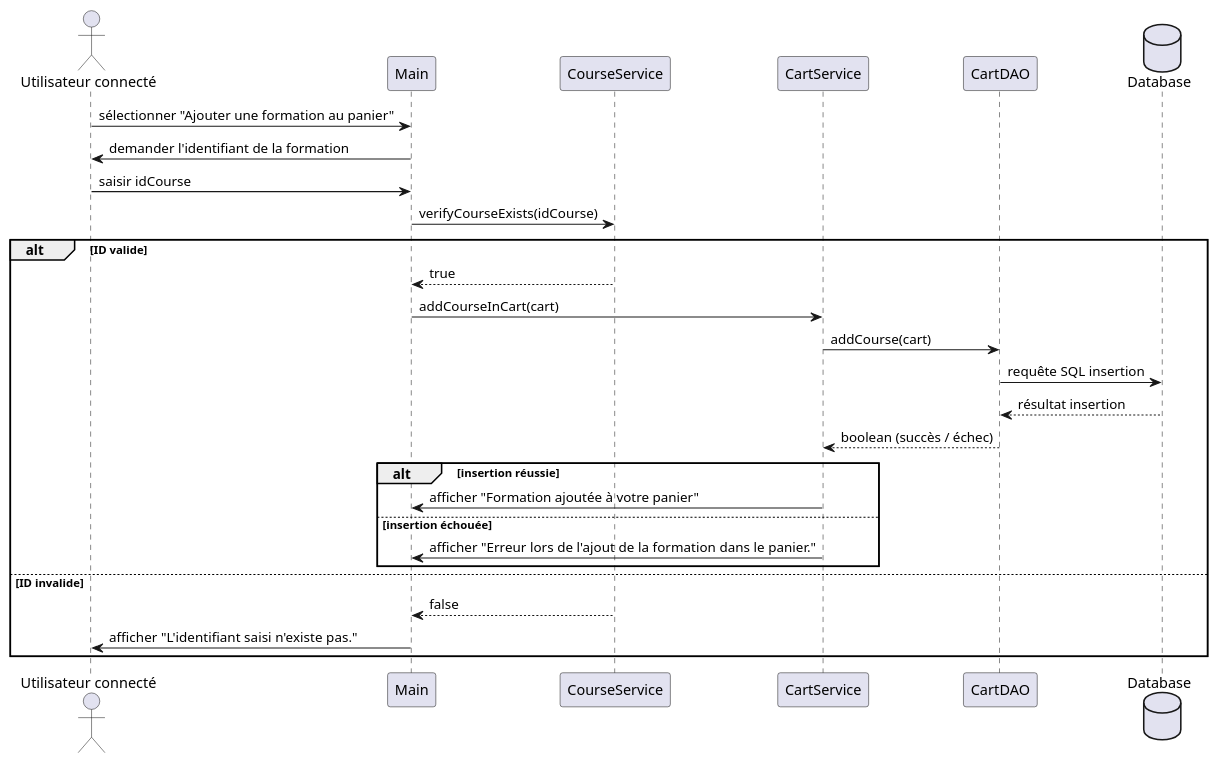
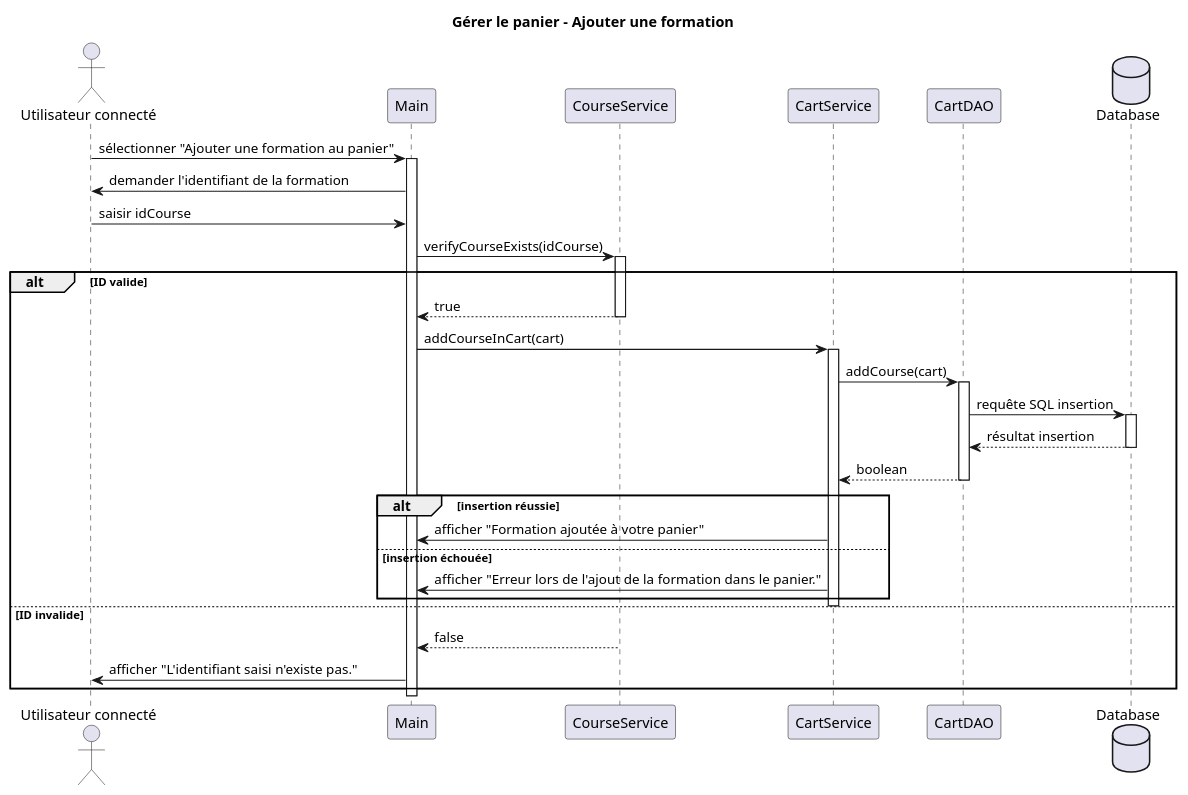
One commit to AmandineGrardLaurent/JavaEvaluationBusiness changed the diagram in docs/sequence_diagrams/sequence_diagram_gerer_panier_ajout.puml. Above: the diagram before and after it, drawn with PlantUML.

Commit message:
Add lifelines to sequence_diagram_afficher_gerer_panier_ajout.puml

```diff
--- a/docs/sequence_diagrams/sequence_diagram_gerer_panier_ajout.puml
+++ b/docs/sequence_diagrams/sequence_diagram_gerer_panier_ajout.puml
@@ -1,34 +1,53 @@
 @startuml sequence diagram  gerer le panier - ajouter une formation
+title Gérer le panier - Ajouter une formation
 
 actor "Utilisateur connecté" as User
 participant "Main" as Main
 participant "CourseService" as CourseService
 participant "CartService" as CartService
 participant "CartDAO" as CartDAO
 database "Database" as DB
 
 User -> Main : sélectionner "Ajouter une formation au panier"
+activate Main
+
 Main -> User : demander l'identifiant de la formation
 User -> Main : saisir idCourse
 
 Main -> CourseService : verifyCourseExists(idCourse)
+activate CourseService
+
 alt ID valide
     CourseService --> Main : true
+    deactivate CourseService
 
     Main -> CartService : addCourseInCart(cart)
+    activate CartService
+
     CartService -> CartDAO : addCourse(cart)
+    activate CartDAO
+
     CartDAO -> DB : requête SQL insertion
+    activate DB
     DB --> CartDAO : résultat insertion
-    CartDAO --> CartService : boolean (succès / échec)
+    deactivate DB
+
+    CartDAO --> CartService : boolean
+    deactivate CartDAO
 
     alt insertion réussie
         CartService -> Main : afficher "Formation ajoutée à votre panier"
     else insertion échouée
         CartService -> Main : afficher "Erreur lors de l'ajout de la formation dans le panier."
     end
 
+    deactivate CartService
+
 else ID invalide
     CourseService --> Main : false
+    deactivate CourseService
     Main -> User : afficher "L'identifiant saisi n'existe pas."
 end
+
+deactivate Main
 @enduml
```
